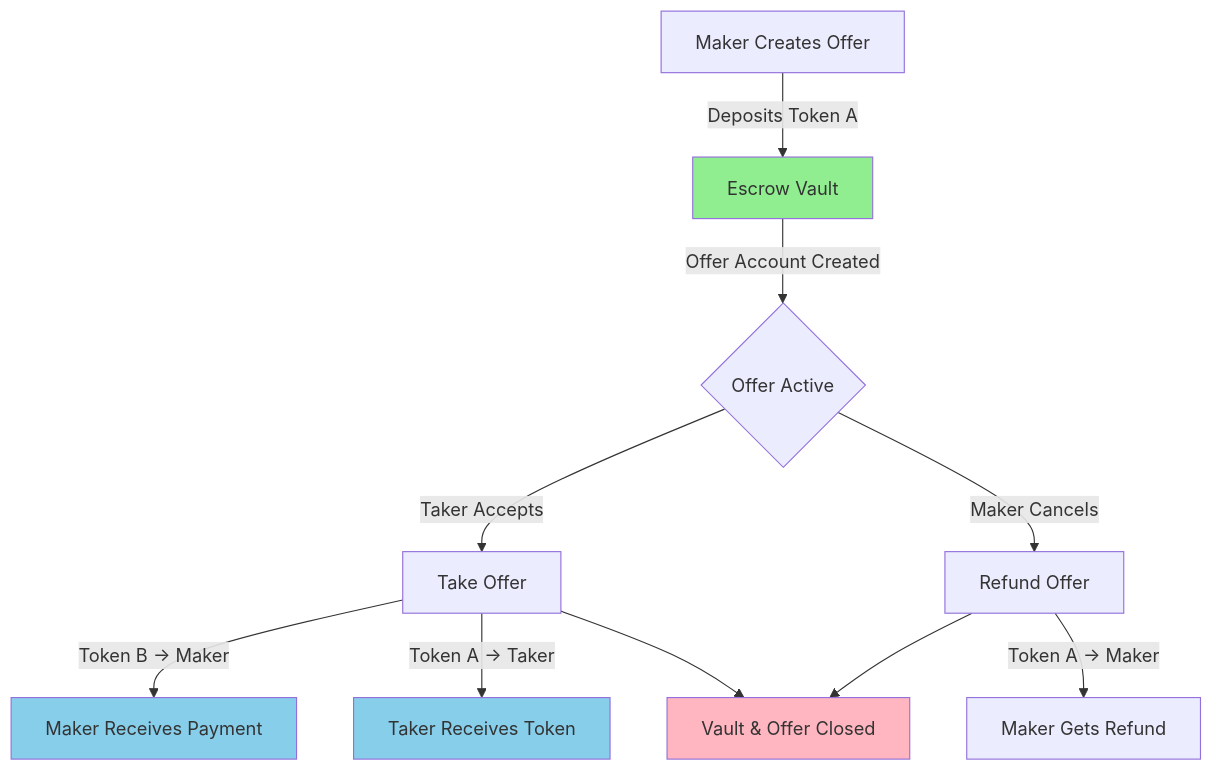
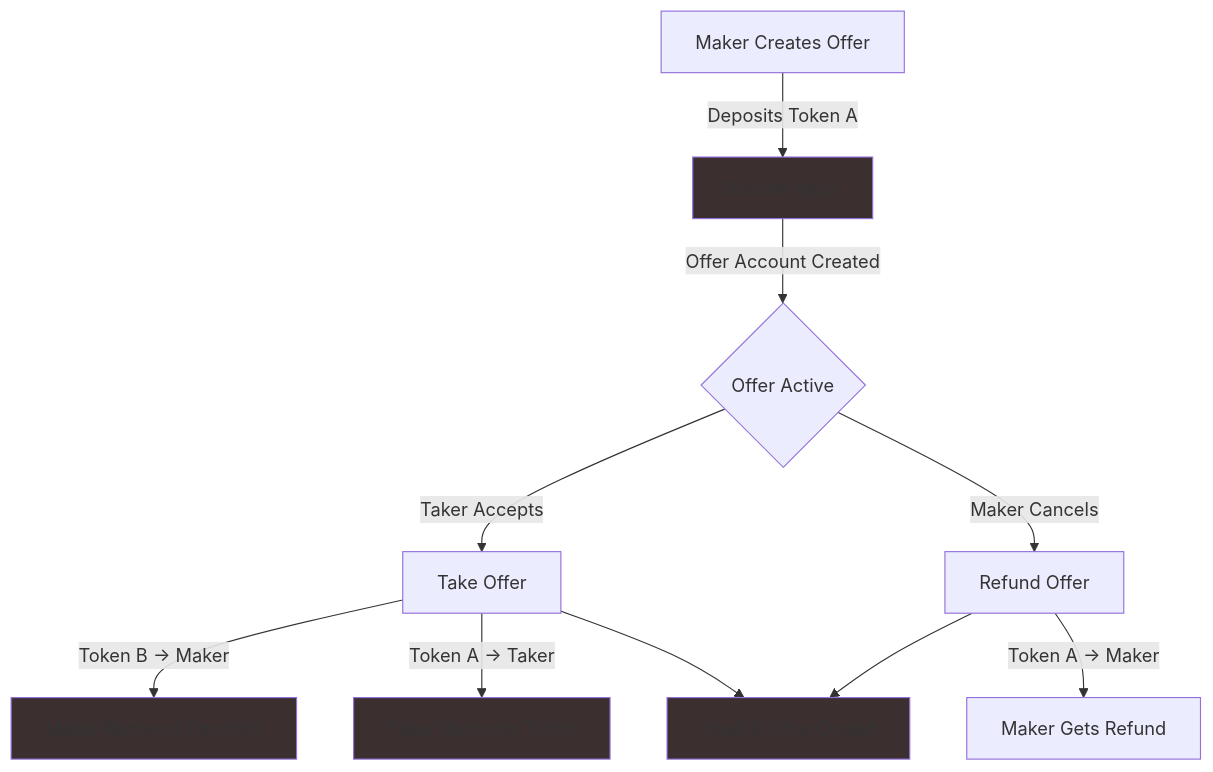
One commit to zebra0307/NFT-Marketplace changed the first of 5 diagrams in README.md. Above: the diagram before and after it, drawn with Mermaid.

Commit message:
update README diagram

````diff
--- a/README.md
+++ b/README.md
@@ -24,17 +24,17 @@
 ```mermaid
 graph TD
     A[Maker Creates Offer] -->|Deposits Token A| B[Escrow Vault]
     B -->|Offer Account Created| C{Offer Active}
     C -->|Taker Accepts| D[Take Offer]
     C -->|Maker Cancels| E[Refund Offer]
     D -->|Token B → Maker| F[Maker Receives Payment]
     D -->|Token A → Taker| G[Taker Receives Token]
     D --> H[Vault & Offer Closed]
     E -->|Token A → Maker| I[Maker Gets Refund]
     E --> H
     
-    style B fill:#90EE90
-    style H fill:#FFB6C1
-    style F fill:#87CEEB
-    style G fill:#87CEEB
+    style B fill:#3B2F2F
+    style H fill:#3B2F2F
+    style F fill:#3B2F2F
+    style G fill:#3B2F2F
 ```
````
